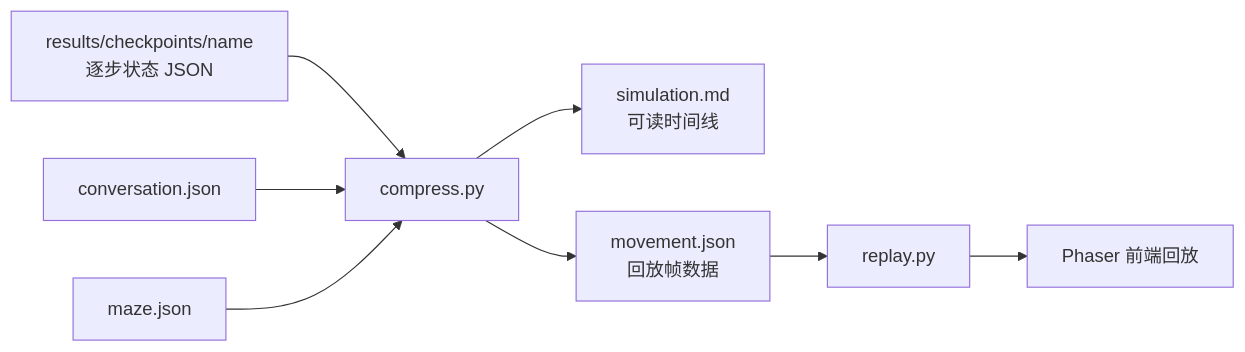
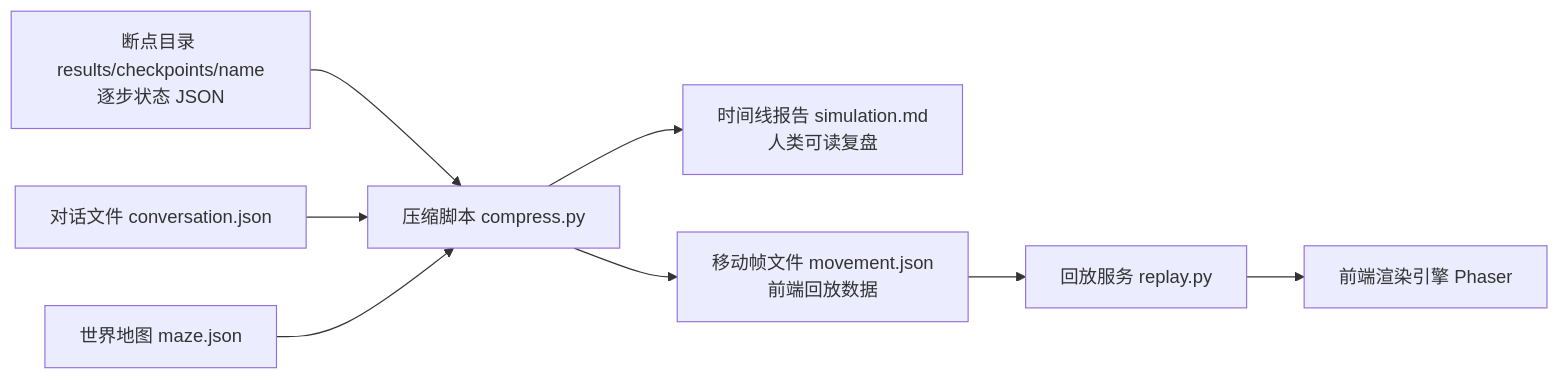
The diagram in docs/book/manuscript/part_03/chapter_23.md (tbkken/GenerativeAgentsCN), drawn with Mermaid before and after one commit. The commit also changed other lines of this file and 33 other files, not shown here.

````diff
--- a/docs/book/manuscript/part_03/chapter_23.md
+++ b/docs/book/manuscript/part_03/chapter_23.md
@@ -23,10 +23,10 @@
 ```mermaid
 flowchart LR
-    C[results/checkpoints/name<br/>逐步状态 JSON] --> CP[compress.py]
-    Conv[conversation.json] --> CP
-    Maze[maze.json] --> CP
-    CP --> MD[simulation.md<br/>可读时间线]
-    CP --> MV[movement.json<br/>回放帧数据]
-    MV --> RP[replay.py]
-    RP --> UI[Phaser 前端回放]
+    C["断点目录 results/checkpoints/name<br/>逐步状态 JSON"] --> CP["压缩脚本 compress.py"]
+    Conv["对话文件 conversation.json"] --> CP
+    Maze["世界地图 maze.json"] --> CP
+    CP --> MD["时间线报告 simulation.md<br/>人类可读复盘"]
+    CP --> MV["移动帧文件 movement.json<br/>前端回放数据"]
+    MV --> RP["回放服务 replay.py"]
+    RP --> UI["前端渲染引擎 Phaser"]
 ```
````
